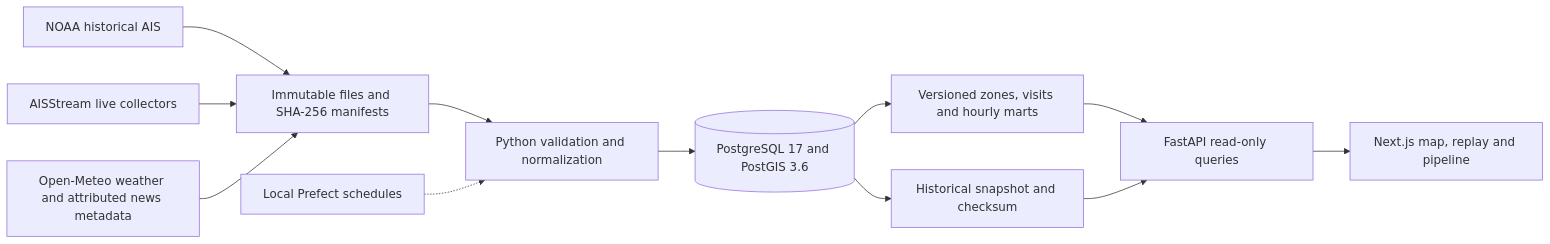
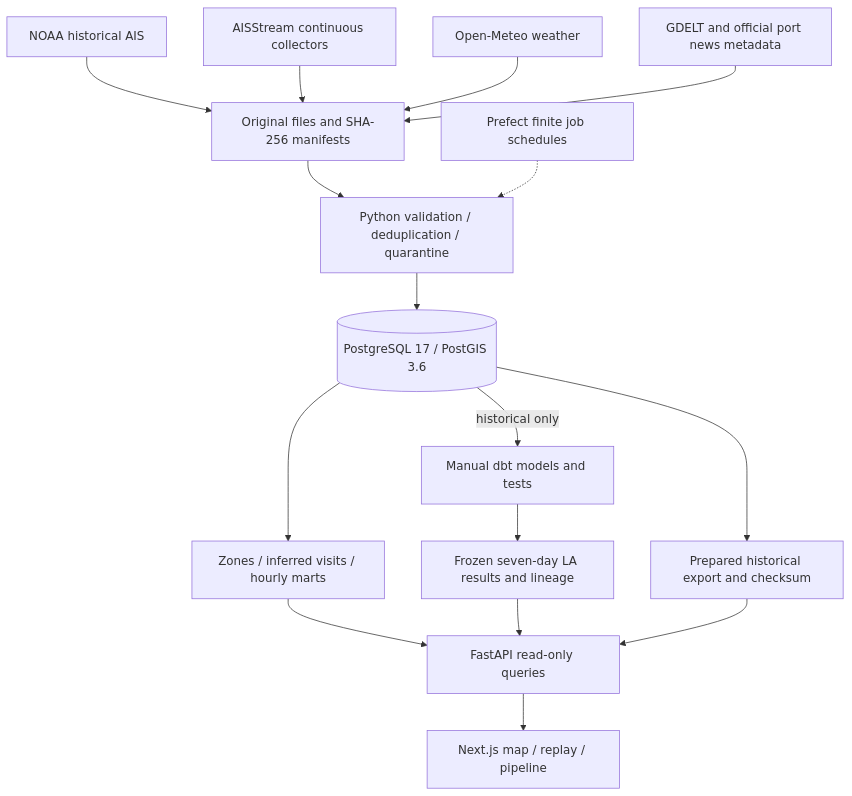
The diagram in README.md (SamABZD/portwatch), drawn with Mermaid before and after one commit. The commit also changed other lines of this file and 20 other files, not shown here.

````diff
--- a/README.md
+++ b/README.md
@@ -45,14 +51,18 @@
 ```mermaid
-flowchart LR
-    NOAA[NOAA historical AIS] --> RAW[Immutable files and SHA-256 manifests]
-    AIS[AISStream live collectors] --> RAW
-    CONTEXT[Open-Meteo weather and attributed news metadata] --> RAW
-    RAW --> PY[Python validation and normalization]
-    PY --> PG[(PostgreSQL 17 and PostGIS 3.6)]
-    PG --> ANALYTICS[Versioned zones, visits and hourly marts]
-    ANALYTICS --> API[FastAPI read-only queries]
-    API --> WEB[Next.js map, replay and pipeline]
-    PREFECT[Local Prefect schedules] -.-> PY
-    PG --> EXPORT[Historical snapshot and checksum]
+flowchart TB
+    NOAA[NOAA historical AIS] --> RAW[Original files and SHA-256 manifests]
+    AIS[AISStream continuous collectors] --> RAW
+    WEATHER[Open-Meteo weather] --> RAW
+    NEWS[GDELT and official port news metadata] --> RAW
+    RAW --> PY[Python validation / deduplication / quarantine]
+    PY --> PG[(PostgreSQL 17 / PostGIS 3.6)]
+    PG --> MARTS[Zones / inferred visits / hourly marts]
+    MARTS --> API[FastAPI read-only queries]
+    API --> WEB[Next.js map / replay / pipeline]
+    PG -->|historical only| DBT[Manual dbt models and tests]
+    DBT --> FROZEN[Frozen seven-day LA results and lineage]
+    FROZEN --> API
+    PG --> EXPORT[Prepared historical export and checksum]
     EXPORT --> API
+    PREFECT[Prefect finite job schedules] -.-> PY
 ```
````
